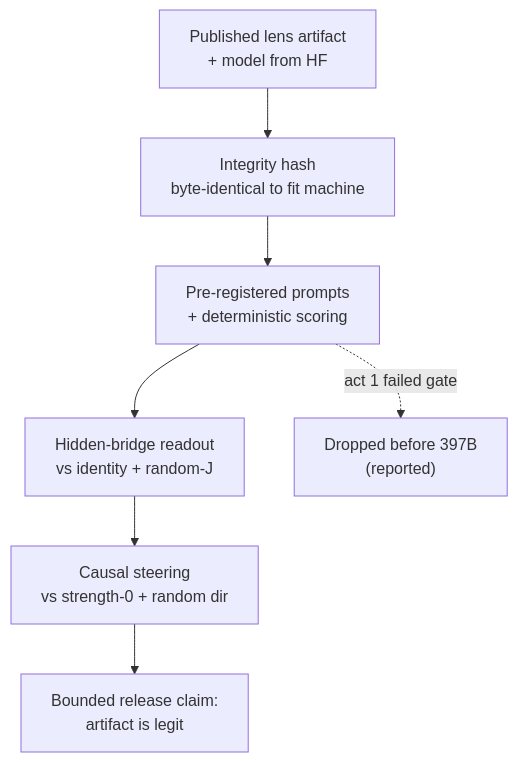
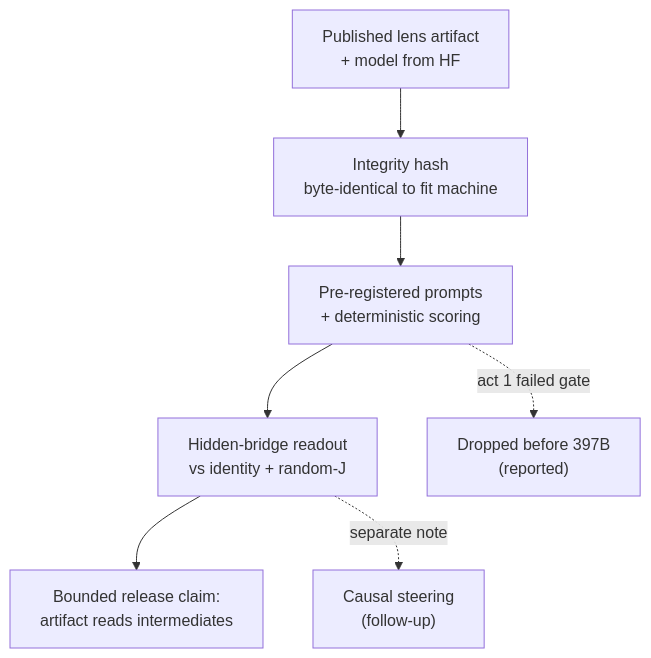
The first of 3 diagrams in blog/lens-demo/index.md (praxagent/jacobian-lens-research-202607a), drawn with Mermaid before and after one commit. The commit also changed other lines of this file and 2 other files, not shown here.

Commit message:
blog: lens-demo consistency pass (672-first framing, fit-size 'strong candidate', warm-start target n~672, steering deferred in conclusion, fitting-code provenance row incl. missing convergence logger); Part II gains full kappa-sweep base-rate section

```diff
--- a/blog/lens-demo/index.md
+++ b/blog/lens-demo/index.md
@@ -49,9 +49,9 @@
 {{< mermaid >}}
 flowchart TD
   A["Published lens artifact<br/>+ model from HF"] --> B["Integrity hash<br/>byte-identical to fit machine"]
   B --> C["Pre-registered prompts<br/>+ deterministic scoring"]
   C --> D["Hidden-bridge readout<br/>vs identity + random-J"]
-  D --> E["Causal steering<br/>vs strength-0 + random dir"]
-  E --> F["Bounded release claim:<br/>artifact is legit"]
+  D --> F["Bounded release claim:<br/>artifact reads intermediates"]
   C -.->|"act 1 failed gate"| X["Dropped before 397B<br/>(reported)"]
+  D -.->|"separate note"| E["Causal steering<br/>(follow-up)"]
 {{< /mermaid >}}
```
